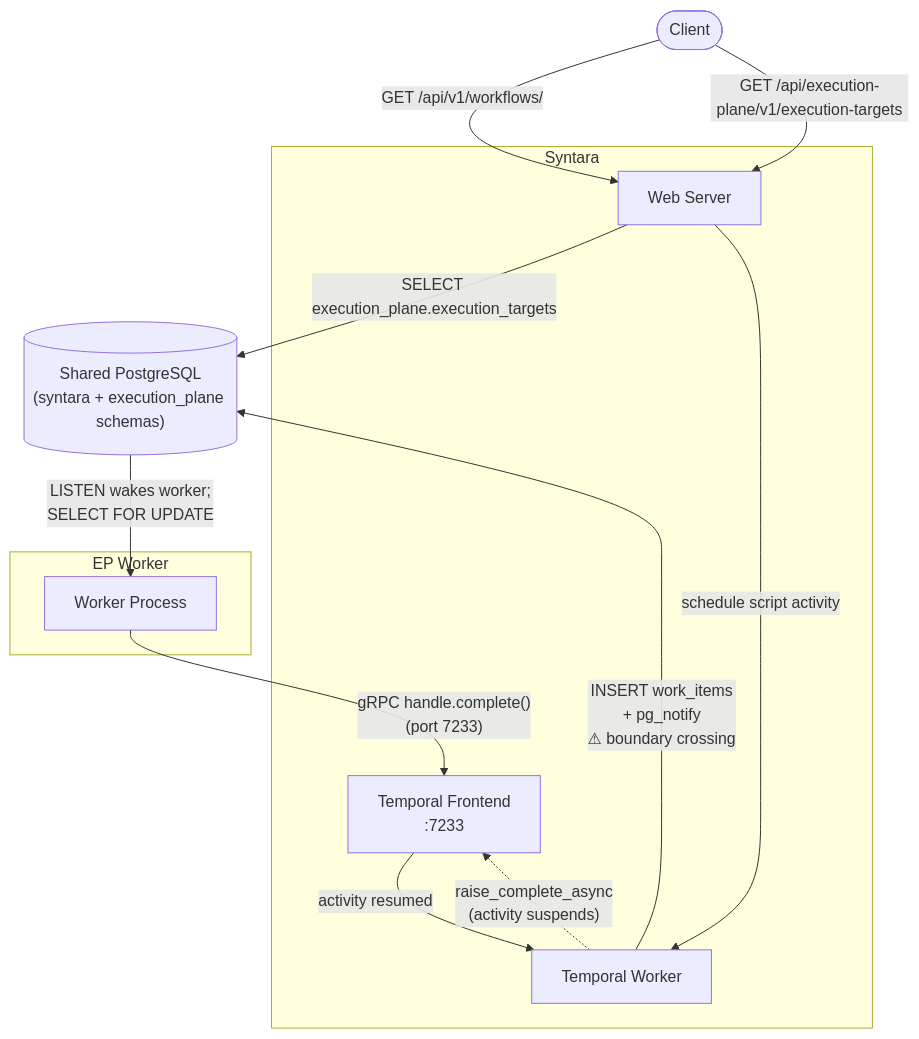
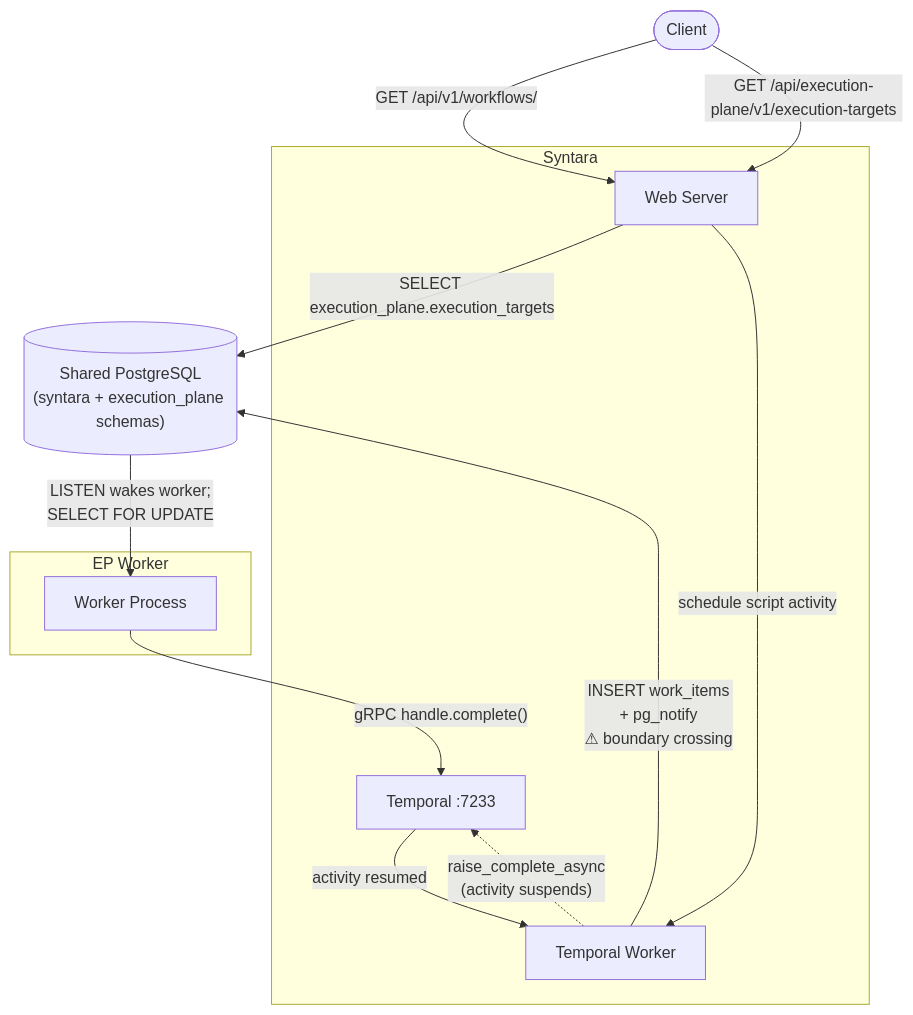
One commit to AlanCoding/syntara changed the first of 2 diagrams in backend/docs/execution-plane-integration.md. Above: the diagram before and after it, drawn with Mermaid. The commit also changed other lines of this file, not shown here.

First line of the commit message:
docs(ep): clean up diagram labels and future-state worker wakeup

````diff
--- a/backend/docs/execution-plane-integration.md
+++ b/backend/docs/execution-plane-integration.md
@@ -23,27 +23,27 @@
 ```mermaid
 flowchart TD
     C([Client])
     DB[("Shared PostgreSQL\n(syntara + execution_plane schemas)")]
 
     subgraph syn["Syntara"]
         SW["Web Server"]
         STW["Temporal Worker"]
-        T["Temporal Frontend\n:7233"]
+        T["Temporal :7233"]
     end
 
     subgraph ep["EP Worker"]
         EPW["Worker Process"]
     end
 
     C -->|"GET /api/v1/workflows/"| SW
     C -->|"GET /api/execution-plane/v1/execution-targets"| SW
     SW -->|"SELECT execution_plane.execution_targets"| DB
 
     SW -->|"schedule script activity"| STW
     STW -->|"INSERT work_items\n+ pg_notify\n⚠ boundary crossing"| DB
     STW -.->|"raise_complete_async\n(activity suspends)"| T
 
     DB -->|"LISTEN wakes worker;\nSELECT FOR UPDATE"| EPW
-    EPW -->|"gRPC handle.complete()\n(port 7233)"| T
+    EPW -->|"gRPC handle.complete()"| T
     T -->|"activity resumed"| STW
 ```
````
